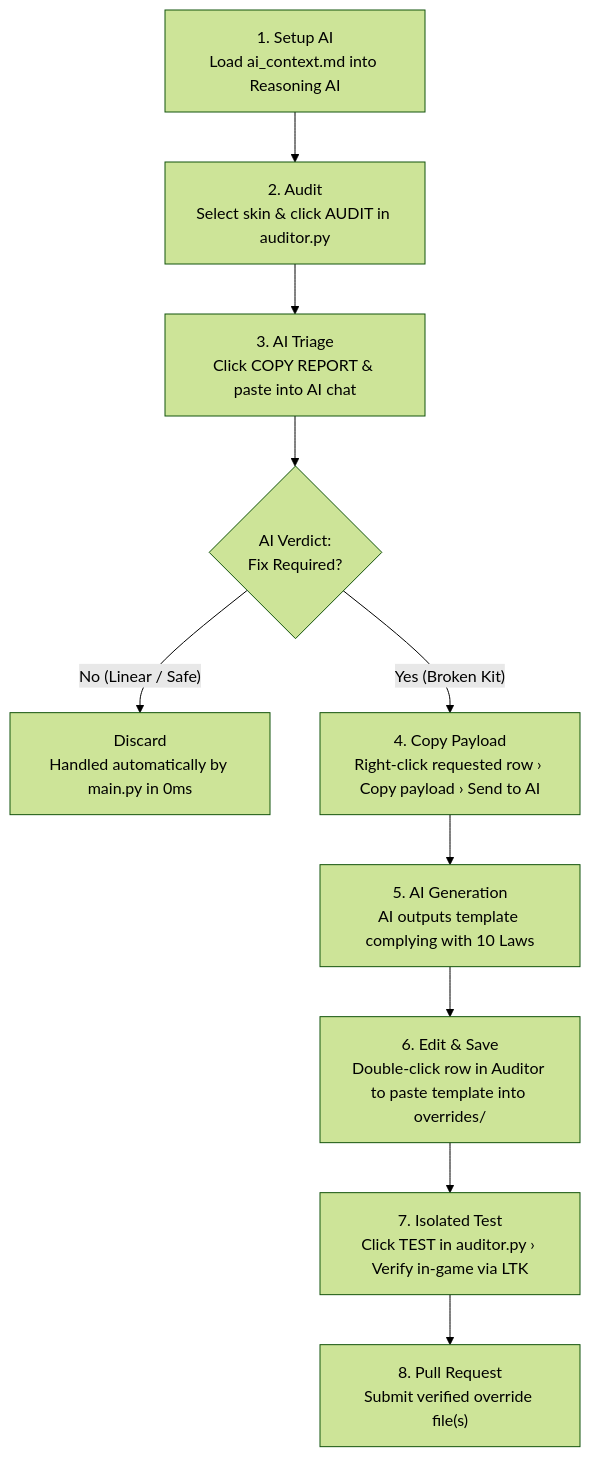
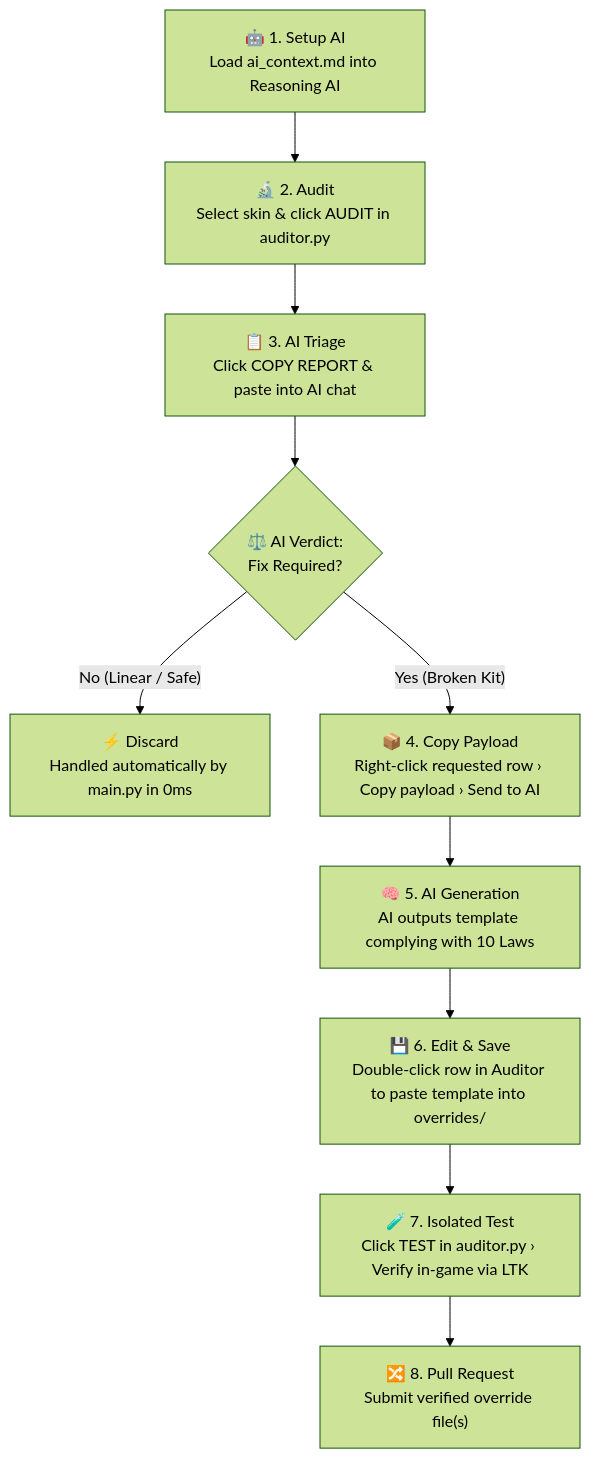
One commit to gsmeven/vanilla-true-builder changed the diagram in CONTRIBUTING.md. Above: the diagram before and after it, drawn with Mermaid (forest theme). The commit also changed other lines of this file, not shown here.

````diff
--- a/CONTRIBUTING.md
+++ b/CONTRIBUTING.md
@@ -23,12 +23,12 @@
 ```mermaid
 flowchart TD
-    A["1. Setup AI\nLoad ai_context.md into Reasoning AI"] --> B["2. Audit\nSelect skin & click AUDIT in auditor.py"]
-    B --> C["3. AI Triage\nClick COPY REPORT & paste into AI chat"]
-    C --> D{"AI Verdict:\nFix Required?"}
-    D -- "No (Linear / Safe)" --> E["Discard\nHandled automatically by main.py in 0ms"]
-    D -- "Yes (Broken Kit)" --> F["4. Copy Payload\nRight-click requested row › Copy payload › Send to AI"]
-    F --> G["5. AI Generation\nAI outputs template complying with 10 Laws"]
-    G --> H["6. Edit & Save\nDouble-click row in Auditor to paste template into overrides/"]
-    H --> I["7. Isolated Test\nClick TEST in auditor.py › Verify in-game via LTK"]
-    I --> J["8. Pull Request\nSubmit verified override file(s)"]
+    A["🤖 1. Setup AI\nLoad ai_context.md into Reasoning AI"] --> B["🔬 2. Audit\nSelect skin & click AUDIT in auditor.py"]
+    B --> C["📋 3. AI Triage\nClick COPY REPORT & paste into AI chat"]
+    C --> D{"⚖️ AI Verdict:\nFix Required?"}
+    D -- "No (Linear / Safe)" --> E["⚡ Discard\nHandled automatically by main.py in 0ms"]
+    D -- "Yes (Broken Kit)" --> F["📦 4. Copy Payload\nRight-click requested row › Copy payload › Send to AI"]
+    F --> G["🧠 5. AI Generation\nAI outputs template complying with 10 Laws"]
+    G --> H["💾 6. Edit & Save\nDouble-click row in Auditor to paste template into overrides/"]
+    H --> I["🧪 7. Isolated Test\nClick TEST in auditor.py › Verify in-game via LTK"]
+    I --> J["🔀 8. Pull Request\nSubmit verified override file(s)"]
 ```
````
